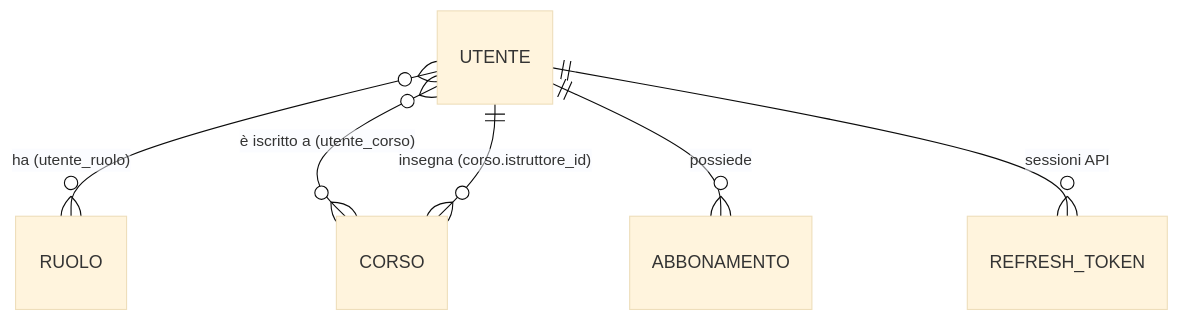
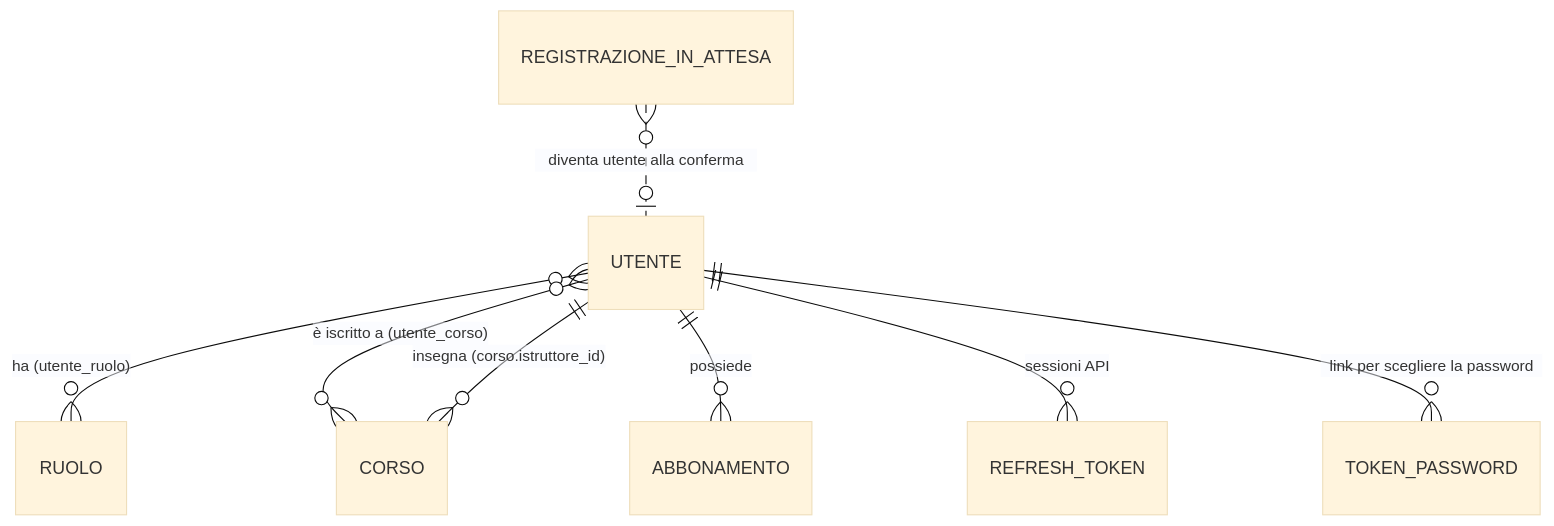
Before and after one commit to alessandromari81-creator/java-applicazioni: the diagram in README.md, drawn with Mermaid (base theme). The commit also changed other lines of this file and 74 other files, not shown here.

````diff
--- a/README.md
+++ b/README.md
@@ -162,8 +189,10 @@
 ```mermaid
 erDiagram
     UTENTE }o--o{ RUOLO : "ha (utente_ruolo)"
     UTENTE }o--o{ CORSO : "è iscritto a (utente_corso)"
     UTENTE ||--o{ CORSO : "insegna (corso.istruttore_id)"
     UTENTE ||--o{ ABBONAMENTO : possiede
     UTENTE ||--o{ REFRESH_TOKEN : "sessioni API"
+    UTENTE ||--o{ TOKEN_PASSWORD : "link per scegliere la password"
+    REGISTRAZIONE_IN_ATTESA }o..o| UTENTE : "diventa utente alla conferma"
 ```
````
